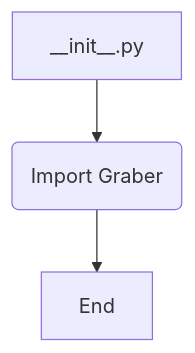
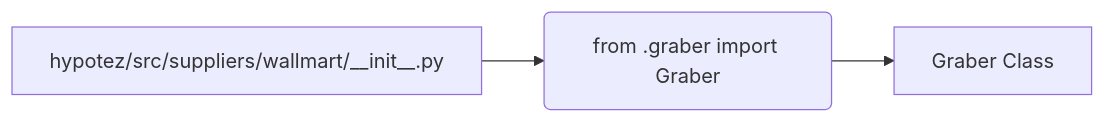
One commit to hypo69/hypo changed the diagram in docs/gemini/ru/explainer/src/suppliers/wallmart/__init__.md. Above: the diagram before and after it, drawn with Mermaid. The commit also changed other lines of this file and 468 other files, not shown here.

````diff
--- a/docs/gemini/ru/explainer/src/suppliers/wallmart/__init__.md
+++ b/docs/gemini/ru/explainer/src/suppliers/wallmart/__init__.md
@@ -26,5 +44,5 @@
 ```mermaid
-graph TD
-    A[__init__.py] --> B(Import Graber);
-    B --> C[End];
+graph LR
+    A[hypotez/src/suppliers/wallmart/__init__.py] --> B(from .graber import Graber);
+    B --> C[Graber Class];
 ```
````
